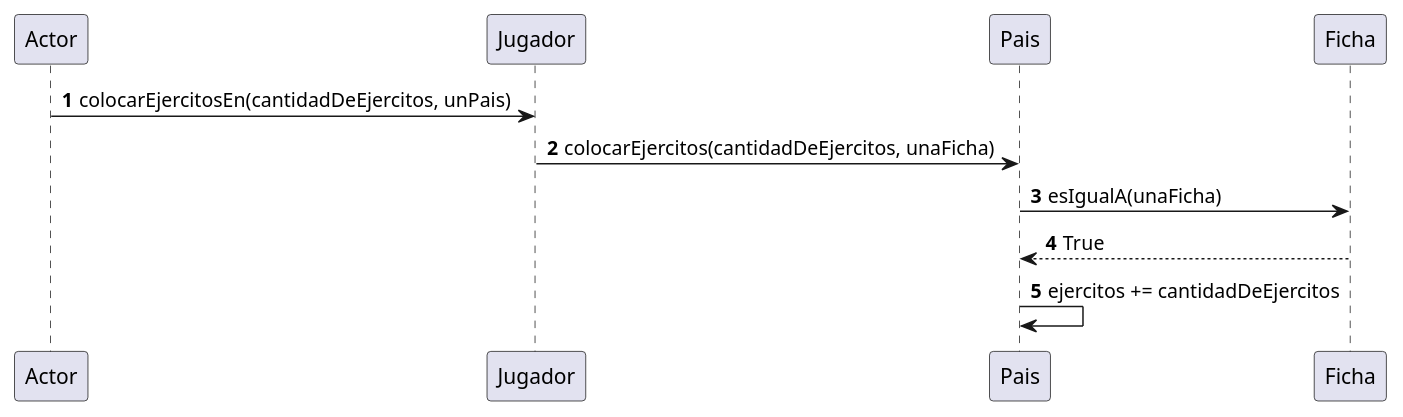
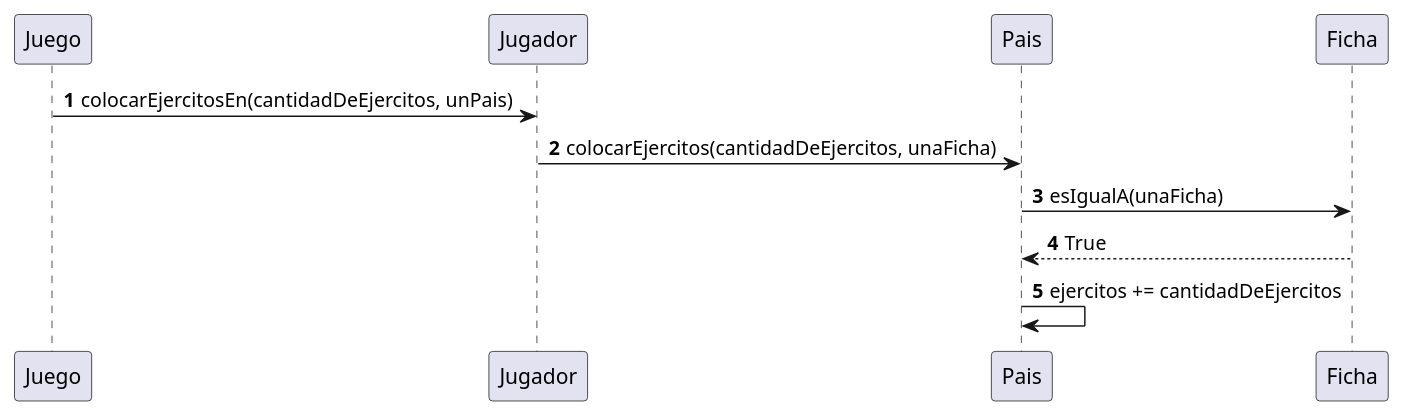
The diagram in src/main/diagramas_puml/colocarEjercitoEnPaisPropio.puml (Cristianfca197/altego), drawn with PlantUML before and after one commit. The commit also changed 3 other files, not shown here.

Commit message:
Diagramas de secuencia - ronda de colocación

```diff
--- a/src/main/diagramas_puml/colocarEjercitoEnPaisPropio.puml
+++ b/src/main/diagramas_puml/colocarEjercitoEnPaisPropio.puml
@@ -1,12 +1,12 @@
-@startuml
+@startuml colocarEjercitoEnPaisPropio
 
 
 autonumber
-Actor -> Jugador: colocarEjercitosEn(cantidadDeEjercitos, unPais)
+Juego -> Jugador: colocarEjercitosEn(cantidadDeEjercitos, unPais)
 Jugador -> Pais: colocarEjercitos(cantidadDeEjercitos, unaFicha)
 Pais-> Ficha: esIgualA(unaFicha)
 Pais <-- Ficha:True
 Pais -> Pais: ejercitos += cantidadDeEjercitos
 
 
 @enduml
```
